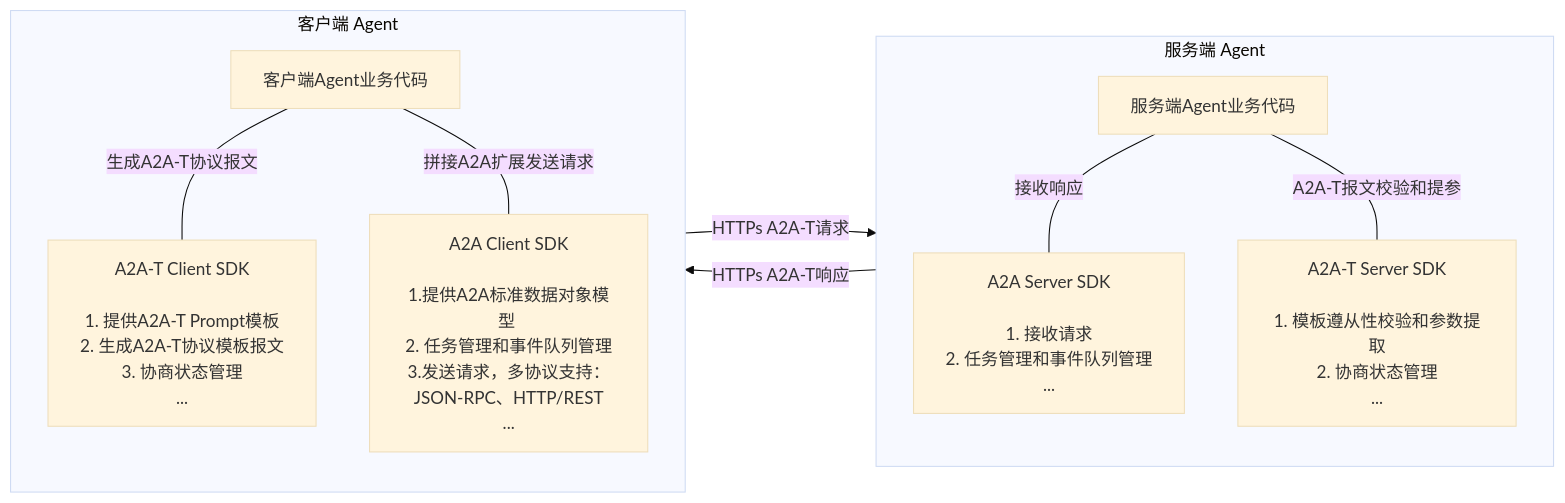
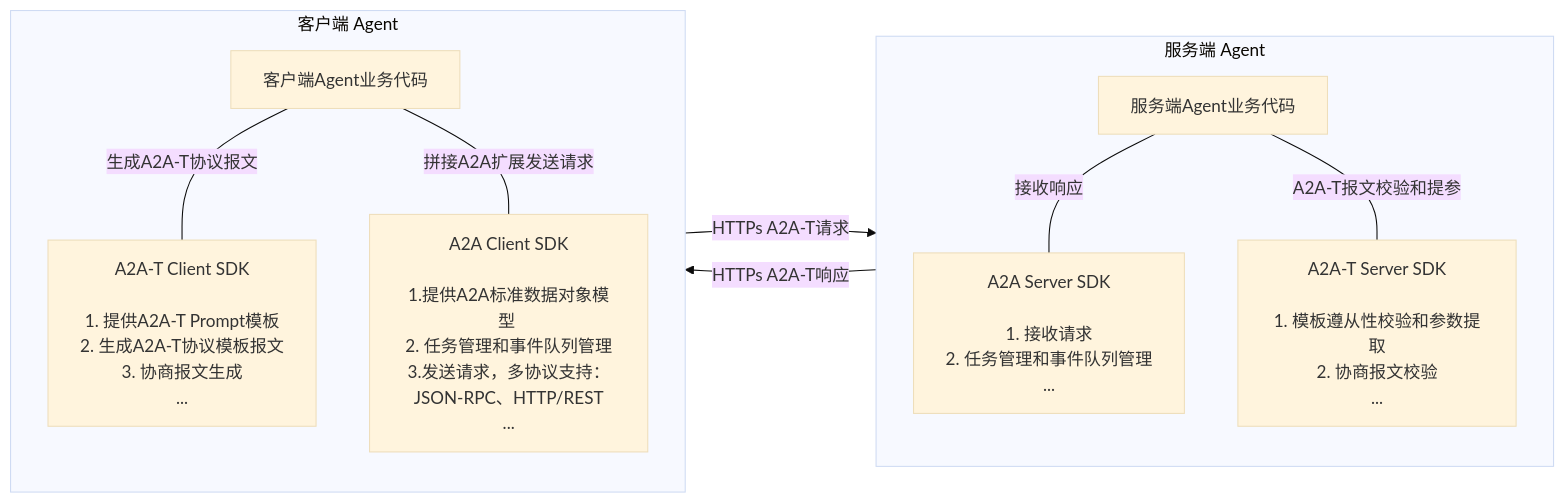
The first of 4 diagrams in docs/zh/开发指南.md (project-openan/a2a-t-sdk-java), drawn with Mermaid (base theme) before and after one commit. The commit also changed other lines of this file and 82 other files, not shown here.

````diff
--- a/docs/zh/开发指南.md
+++ b/docs/zh/开发指南.md
@@ -35,22 +35,22 @@
 ```mermaid
 flowchart LR
     subgraph Server["服务端 Agent"]
         B0["服务端Agent业务代码"]
         B1["A2A Server SDK<br><br>1. 接收请求<br>2. 任务管理和事件队列管理<br>..."]
-        B2["A2A-T Server SDK<br><br>1. 模板遵从性校验和参数提取<br>2. 协商状态管理<br>..."]
+        B2["A2A-T Server SDK<br><br>1. 模板遵从性校验和参数提取<br>2. 协商报文校验<br>..."]
         B0 --接收响应--- B1
         B0 --A2A-T报文校验和提参--- B2
     end
 
     subgraph Client["客户端 Agent"]
         A0["客户端Agent业务代码"]
-        A1["A2A-T Client SDK<br><br>1. 提供A2A-T Prompt模板<br>2. 生成A2A-T协议模板报文<br>3. 协商状态管理<br>..."]
+        A1["A2A-T Client SDK<br><br>1. 提供A2A-T Prompt模板<br>2. 生成A2A-T协议模板报文<br>3. 协商报文生成<br>..."]
         A2["A2A Client SDK<br><br>1.提供A2A标准数据对象模型 <br>2. 任务管理和事件队列管理<br>3.发送请求，多协议支持：JSON-RPC、HTTP/REST<br>..."]
         A0 --生成A2A-T协议报文--- A1
         A0 --拼接A2A扩展发送请求--- A2
     end
 
     Client -- HTTPs A2A-T请求--> Server
     Server -- HTTPs A2A-T响应--> Client
 
 ```
````
